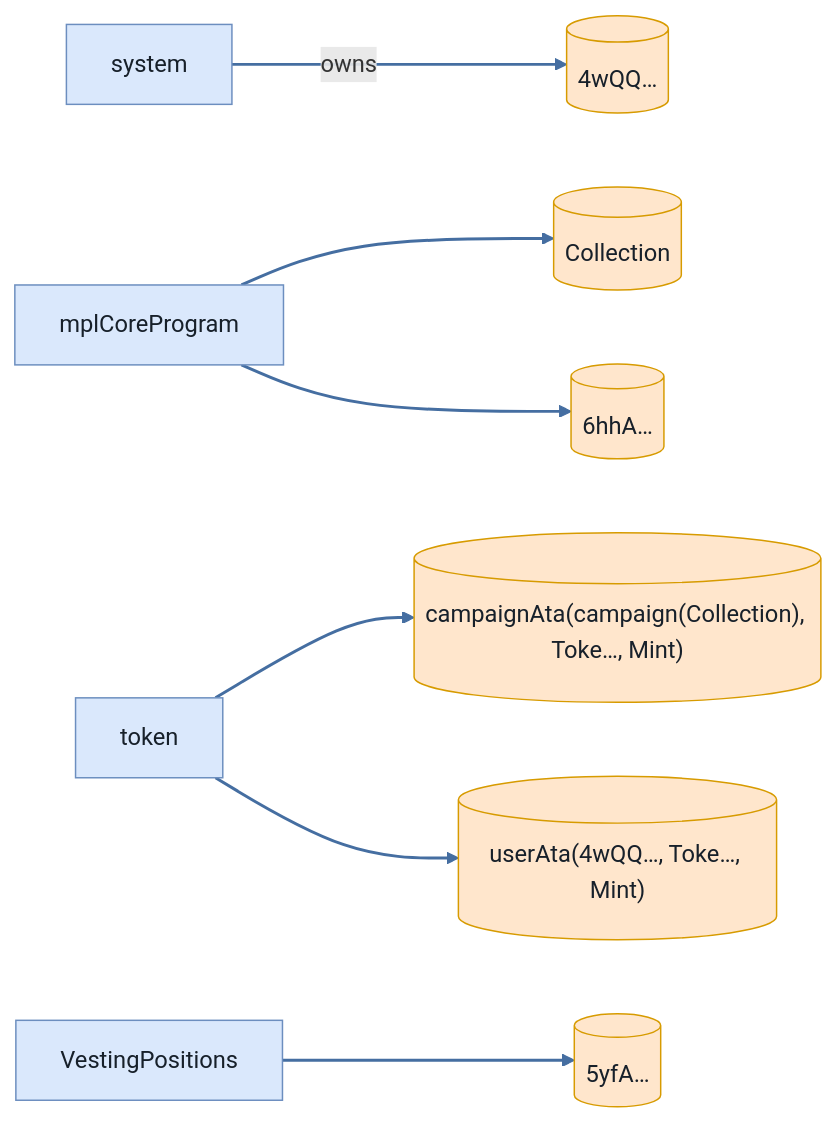
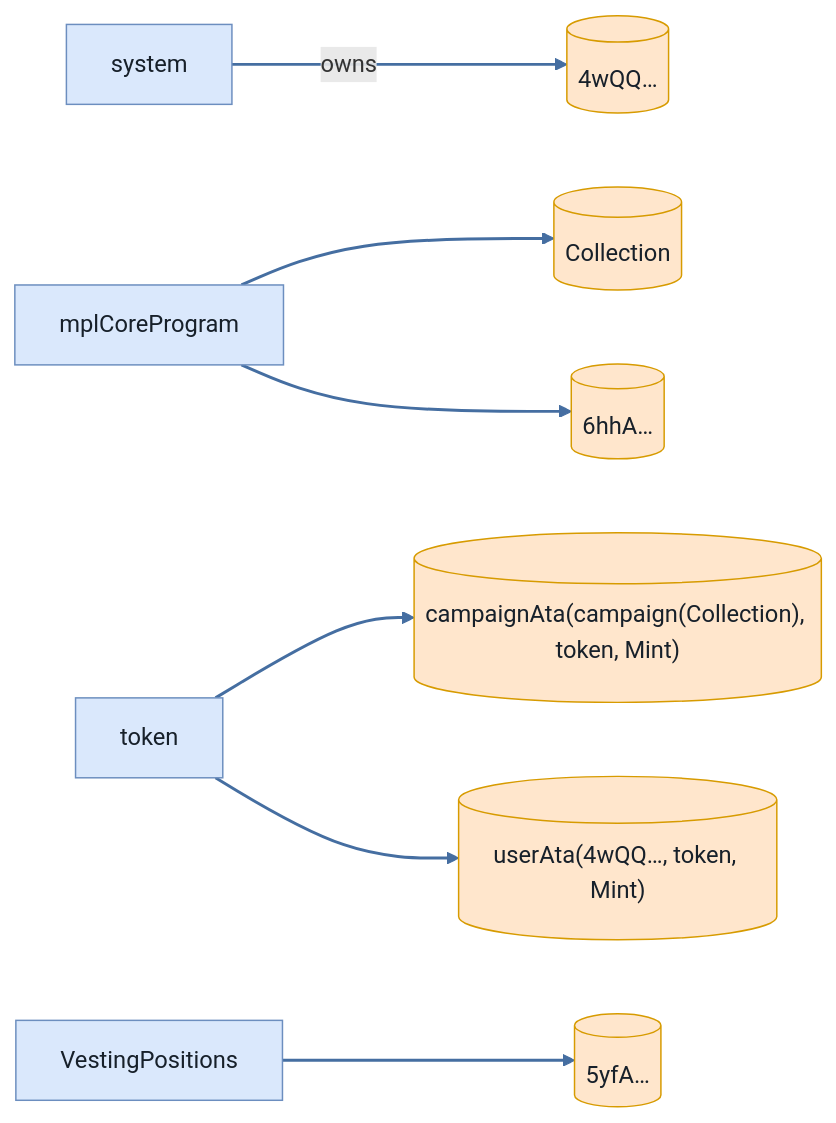
Before and after one commit to cds-turbin3/vesting-position: the ninth of 9 diagrams in babelfish-tests/test-report/scenario_1_alice_first_and_subsequent_claim.md, drawn with Mermaid. The commit also changed other lines of this file and 104 other files, not shown here.

````diff
--- a/babelfish-tests/test-report/scenario_1_alice_first_and_subsequent_claim.md
+++ b/babelfish-tests/test-report/scenario_1_alice_first_and_subsequent_claim.md
@@ -411,23 +411,23 @@
 ```mermaid
 flowchart LR
     system["system"]:::program
     n4wQQ[("4wQQ…")]:::state
     mplCoreProgram["mplCoreProgram"]:::program
     Collection[("Collection")]:::state
     token["token"]:::program
-    campaignAtacampaignCollectionTokeMint[("campaignAta(campaign(Collection), Toke…, Mint)")]:::state
-    userAta4wQQTokeMint[("userAta(4wQQ…, Toke…, Mint)")]:::state
+    campaignAtacampaignCollectiontokenMint[("campaignAta(campaign(Collection), token, Mint)")]:::state
+    userAta4wQQtokenMint[("userAta(4wQQ…, token, Mint)")]:::state
     n6hhA[("6hhA…")]:::state
     VestingPositions["VestingPositions"]:::program
     n5yfA[("5yfA…")]:::state
     system -->|owns| n4wQQ
     mplCoreProgram --> Collection
-    token --> campaignAtacampaignCollectionTokeMint
-    token --> userAta4wQQTokeMint
+    token --> campaignAtacampaignCollectiontokenMint
+    token --> userAta4wQQtokenMint
     mplCoreProgram --> n6hhA
     VestingPositions --> n5yfA
     classDef program fill:#dae8fc,stroke:#6c8ebf,color:#17202a;
     classDef signer fill:#d5e8d4,stroke:#82b366,color:#17202a;
     classDef state fill:#ffe6cc,stroke:#d79b00,color:#17202a;
     linkStyle 0,1,2,3,4,5 stroke:#456ea1,stroke-width:2px
 ```
````
